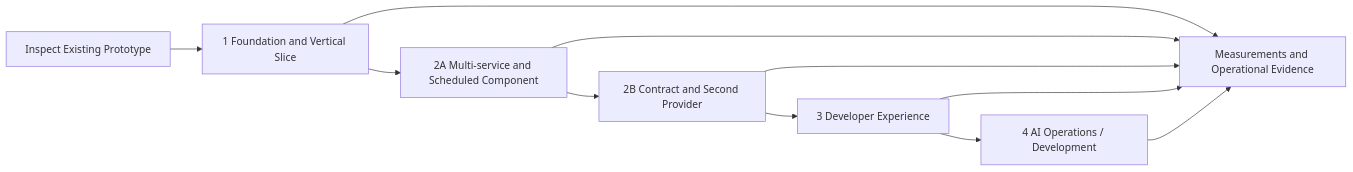
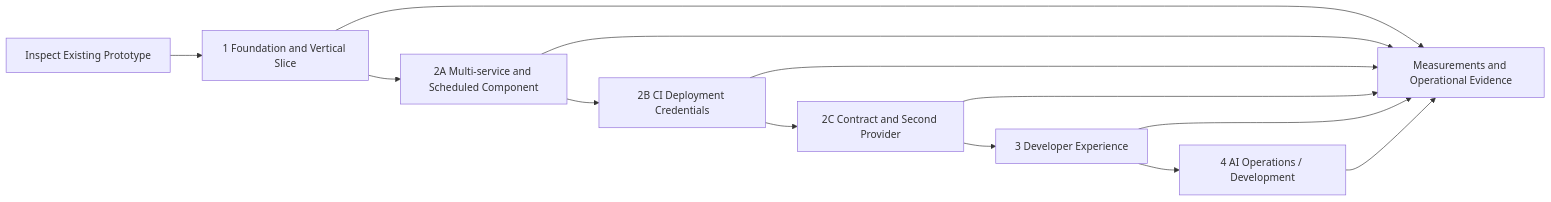
Before and after one commit to eseidinger/developer-platform: the diagram in docs/04-development/development-plan.md, drawn with Mermaid. The commit also changed other lines of this file and 12 other files, not shown here.

Commit message:
docs: add CI deployment credentials plan

````diff
--- a/docs/04-development/development-plan.md
+++ b/docs/04-development/development-plan.md
@@ -28,13 +29,15 @@
 ```mermaid
 flowchart LR
     Baseline["Inspect Existing Prototype"] --> P1["1 Foundation and Vertical Slice"]
     P1 --> P2A["2A Multi-service and Scheduled Component"]
-    P2A --> P2B["2B Contract and Second Provider"]
-    P2B --> P3["3 Developer Experience"]
+    P2A --> P2B["2B CI Deployment Credentials"]
+    P2B --> P2C["2C Contract and Second Provider"]
+    P2C --> P3["3 Developer Experience"]
     P3 --> P4["4 AI Operations / Development"]
     P1 --> Evidence["Measurements and Operational Evidence"]
     P2A --> Evidence
     P2B --> Evidence
+    P2C --> Evidence
     P3 --> Evidence
     P4 --> Evidence
 ```
````
